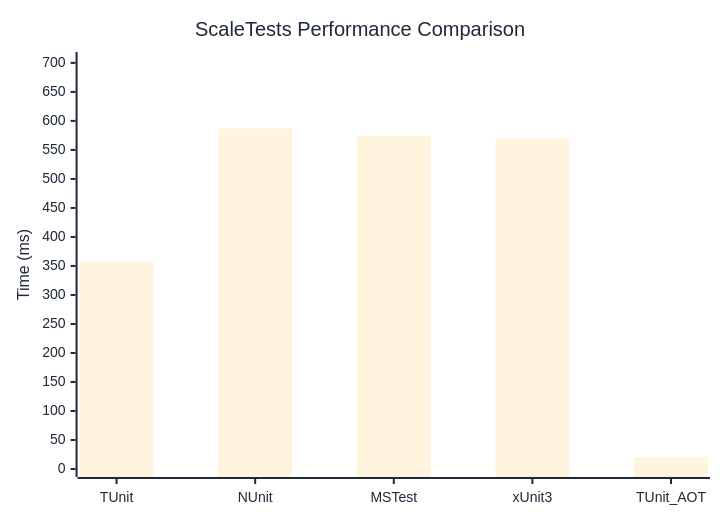
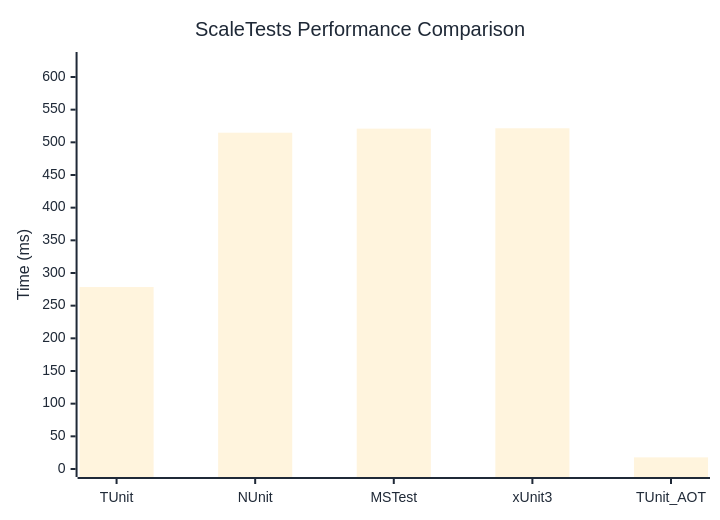
The diagram in docs/docs/benchmarks/engine/ScaleTests.md (thomhurst/TUnit), drawn with Mermaid before and after one commit. The commit also changed other lines of this file and 17 other files, not shown here.

````diff
--- a/docs/docs/benchmarks/engine/ScaleTests.md
+++ b/docs/docs/benchmarks/engine/ScaleTests.md
@@ -29,37 +29,37 @@
 ```mermaid
 %%{init: {
   'theme':'base',
   'themeVariables': {
     'primaryColor': '#2563eb',
     'primaryTextColor': '#1f2937',
     'primaryBorderColor': '#1e40af',
     'lineColor': '#6b7280',
     'secondaryColor': '#7c3aed',
     'tertiaryColor': '#dc2626',
     'background': '#ffffff',
     'mainBkg': '#2563eb',
     'secondBkg': '#7c3aed',
     'tertiaryBkg': '#dc2626',
     'clusterBkg': '#f3f4f6',
     'edgeLabelBackground': '#ffffff',
     'tertiaryTextColor': '#1f2937',
     'pie1': '#2563eb',
     'pie2': '#7c3aed',
     'pie3': '#dc2626',
     'pie4': '#f59e0b',
     'pie5': '#10b981',
     'pie6': '#06b6d4',
     'pie7': '#ec4899',
     'pie8': '#6366f1',
     'pie9': '#84cc16',
     'pie10': '#f97316',
     'pie11': '#14b8a6',
     'pie12': '#a855f7'
   }
 }}%%
 xychart-beta
   title "ScaleTests Performance Comparison"
   x-axis ["TUnit", "NUnit", "MSTest", "xUnit3", "TUnit_AOT"]
-  y-axis "Time (ms)" 0 --> 705
-  bar [357.7, 587.04, 574.83, 568.45, 20.6]
+  y-axis "Time (ms)" 0 --> 626
+  bar [278.51, 514.73, 520.92, 521.52, 17.79]
 ```
````
